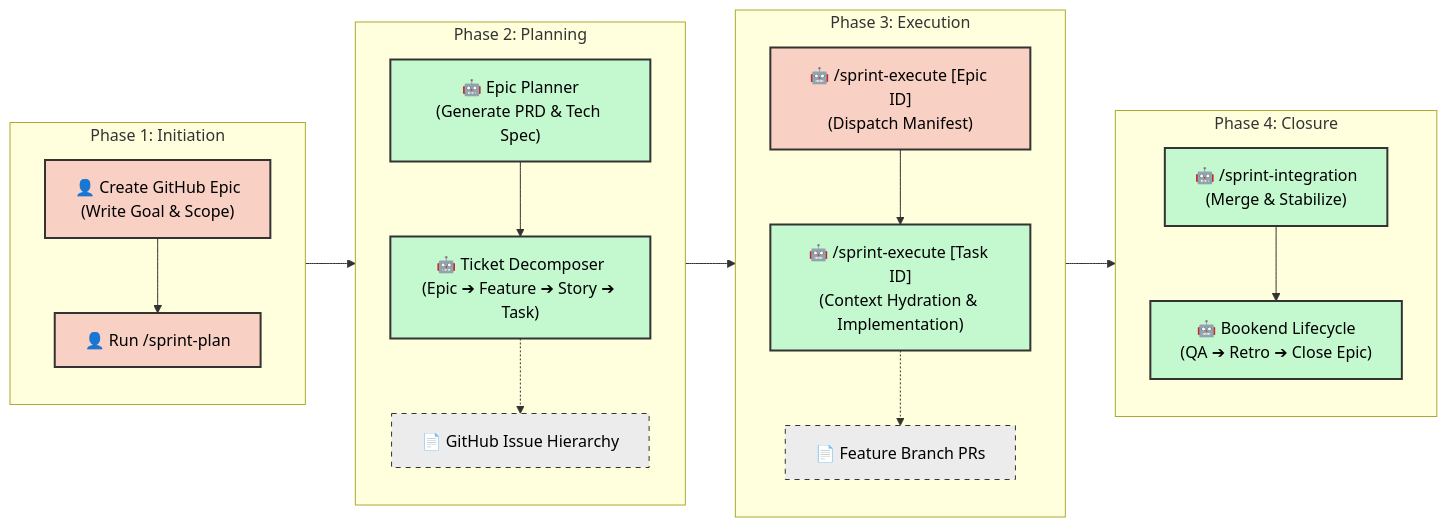
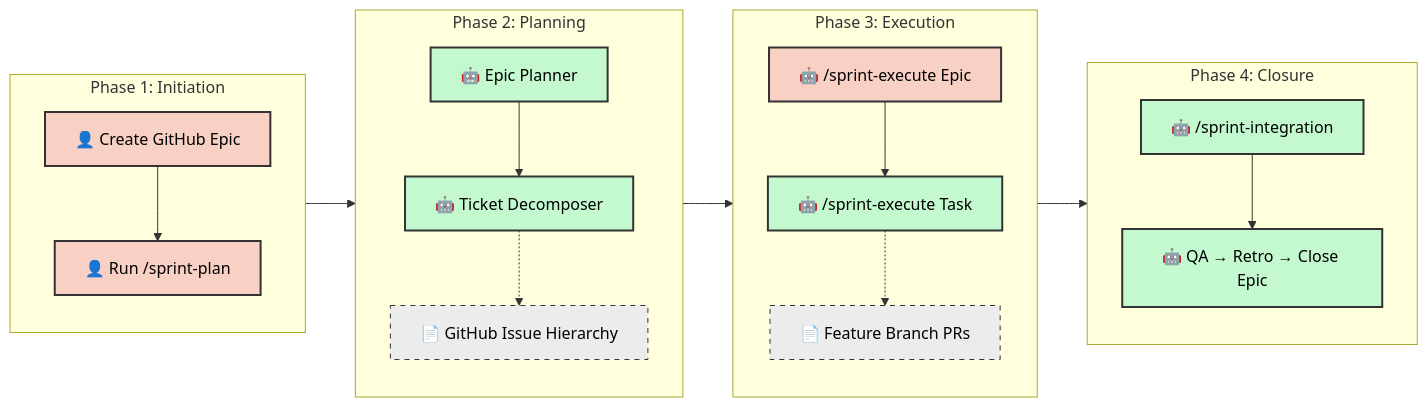
Before and after one commit to dsj1984/agent-protocols: the diagram in .agents/SDLC.md, drawn with Mermaid. The commit also changed other lines of this file and 7 other files, not shown here.

Commit message:
docs(v5): complete documentation overhaul and roadmap architectural hardening

````diff
--- a/.agents/SDLC.md
+++ b/.agents/SDLC.md
@@ -26,44 +25,40 @@
 ```mermaid
 graph LR
     classDef manual fill:#f9d0c4,stroke:#333,stroke-width:2px,color:#000;
     classDef agentic fill:#c4f9d0,stroke:#333,stroke-width:2px,color:#000;
     classDef artifact fill:#ececec,stroke:#333,stroke-width:1px,stroke-dasharray: 5 5,color:#000;
 
-    %% Phase 1: Initiation
     subgraph Phase1 ["Phase 1: Initiation"]
         direction TB
-        A["👤 Create GitHub Epic<br/>(Write Goal & Scope)"]:::manual
+        A["👤 Create GitHub Epic"]:::manual
         B["👤 Run /sprint-plan"]:::manual
         A --> B
     end
 
-    %% Phase 2: Autonomous Planning
     subgraph Phase2 ["Phase 2: Planning"]
         direction TB
-        C["🤖 Epic Planner<br/>(Generate PRD & Tech Spec)"]:::agentic
-        D["🤖 Ticket Decomposer<br/>(Epic ➔ Feature ➔ Story ➔ Task)"]:::agentic
+        C["🤖 Epic Planner"]:::agentic
+        D["🤖 Ticket Decomposer"]:::agentic
         C --> D
         D -.-> D_Art["📄 GitHub Issue Hierarchy"]:::artifact
     end
 
-    %% Phase 3: Execution
     subgraph Phase3 ["Phase 3: Execution"]
         direction TB
-        E["🤖 /sprint-execute [Epic ID]<br/>(Dispatch Manifest)"]:::manual
-        F["🤖 /sprint-execute [Task ID]<br/>(Context Hydration & Implementation)"]:::agentic
+        E["🤖 /sprint-execute Epic"]:::manual
+        F["🤖 /sprint-execute Task"]:::agentic
         E --> F
         F -.-> F_Art["📄 Feature Branch PRs"]:::artifact
     end
 
-    %% Phase 4: Integration & Closure
     subgraph Phase4 ["Phase 4: Closure"]
         direction TB
-        G["🤖 /sprint-integration<br/>(Merge & Stabilize)"]:::agentic
-        H["🤖 Bookend Lifecycle<br/>(QA ➔ Retro ➔ Close Epic)"]:::agentic
+        G["🤖 /sprint-integration"]:::agentic
+        H["🤖 QA → Retro → Close Epic"]:::agentic
         G --> H
     end
 
     B --> C
     D --> E
     F --> G
 ```
````
